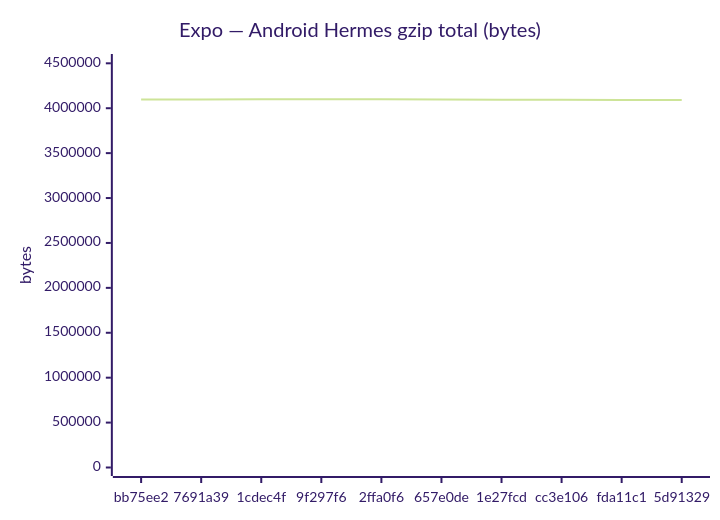
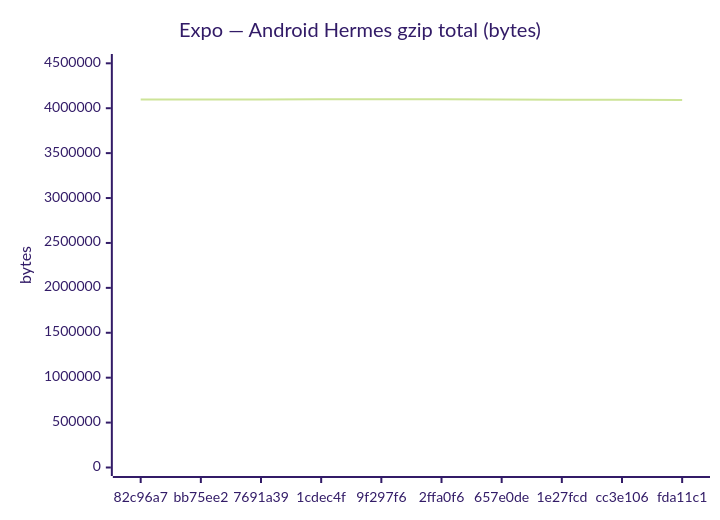
One commit to Metaheurist/Rianell changed the fifth of 18 diagrams in benchmarks/compare.md. Above: the diagram before and after it, drawn with Mermaid (forest theme). The commit also changed other lines of this file and 11 other files, not shown here.

````diff
--- a/benchmarks/compare.md
+++ b/benchmarks/compare.md
@@ -89,7 +89,7 @@
 ```mermaid
 xychart-beta
     title "Expo — Android Hermes gzip total (bytes)"
-    x-axis ["bb75ee2", "7691a39", "1cdec4f", "9f297f6", "2ffa0f6", "657e0de", "1e27fcd", "cc3e106", "fda11c1", "5d91329"]
+    x-axis ["82c96a7", "bb75ee2", "7691a39", "1cdec4f", "9f297f6", "2ffa0f6", "657e0de", "1e27fcd", "cc3e106", "fda11c1"]
     y-axis "bytes" 0 --> 4509037
-    line [4098255, 4098083, 4099120, 4099121, 4099124, 4098083, 4094465, 4094465, 4090789, 4090787]
+    line [4098085, 4098255, 4098083, 4099120, 4099121, 4099124, 4098083, 4094465, 4094465, 4090789]
 ```
````
